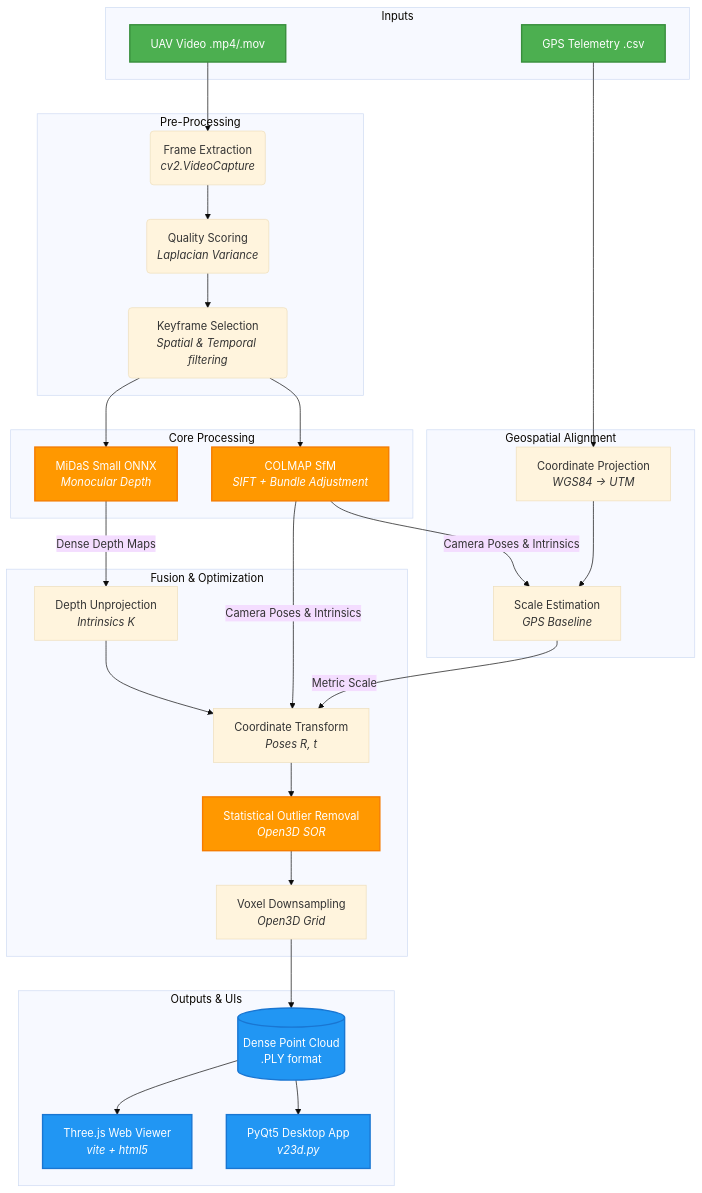
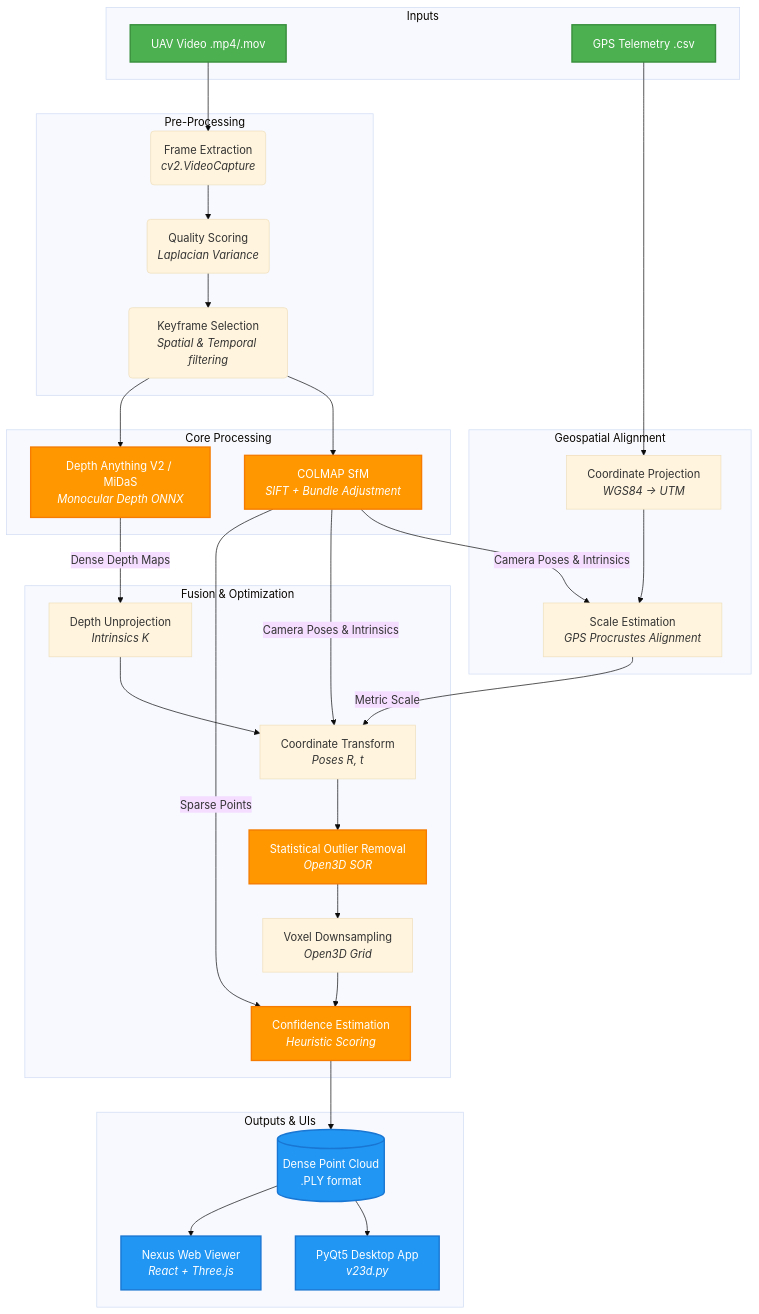
Before and after one commit to KaranRathore05/SIH: the first of 3 diagrams in README.md, drawn with Mermaid (base theme). The commit also changed other lines of this file, not shown here.

Commit message:
docs: expand README with detailed architecture, algorithms and workflow graphics

````diff
--- a/README.md
+++ b/README.md
@@ -20,70 +21,73 @@
 ```mermaid
 graph TD
     %% Input Layer
     subgraph Inputs
     A1[UAV Video .mp4/.mov]
     A2[GPS Telemetry .csv]
     end
 
     %% Pre-Processing Layer
     subgraph Pre-Processing
     B1(Frame Extraction<br><i>cv2.VideoCapture</i>)
     B2(Quality Scoring<br><i>Laplacian Variance</i>)
     B3(Keyframe Selection<br><i>Spatial & Temporal filtering</i>)
     end
 
     %% Core Processing Layer
     subgraph Core Processing
     C1[COLMAP SfM<br><i>SIFT + Bundle Adjustment</i>]
-    C2[MiDaS Small ONNX<br><i>Monocular Depth</i>]
+    C2[Depth Anything V2 / MiDaS<br><i>Monocular Depth ONNX</i>]
     end
 
     %% Geospatial Layer
     subgraph Geospatial Alignment
     D1[Coordinate Projection<br><i>WGS84 -> UTM</i>]
-    D2[Scale Estimation<br><i>GPS Baseline</i>]
+    D2[Scale Estimation<br><i>GPS Procrustes Alignment</i>]
     end
 
     %% Fusion Layer
     subgraph Fusion & Optimization
     E1[Depth Unprojection<br><i>Intrinsics K</i>]
     E2[Coordinate Transform<br><i>Poses R, t</i>]
     E3[Statistical Outlier Removal<br><i>Open3D SOR</i>]
     E4[Voxel Downsampling<br><i>Open3D Grid</i>]
+    E5[Confidence Estimation<br><i>Heuristic Scoring</i>]
     end
 
     %% Output & Viewers
     subgraph Outputs & UIs
     F1[(Dense Point Cloud<br>.PLY format)]
     F2[PyQt5 Desktop App<br><i>v23d.py</i>]
-    F3[Three.js Web Viewer<br><i>vite + html5</i>]
+    F3[Nexus Web Viewer<br><i>React + Three.js</i>]
     end
 
     %% Edges
     A1 --> B1
     A2 --> D1
     B1 --> B2
     B2 --> B3
     B3 --> C1
     B3 --> C2
     C1 -->|Camera Poses & Intrinsics| D2
     C1 -->|Camera Poses & Intrinsics| E2
+    C1 -->|Sparse Points| E5
     C2 -->|Dense Depth Maps| E1
     D1 --> D2
     D2 -->|Metric Scale| E2
     E1 --> E2
     E2 --> E3
     E3 --> E4
-    E4 --> F1
+    E4 --> E5
+    E5 --> F1
     F1 --> F2
     F1 --> F3
 
     %% Styling
     classDef input fill:#4CAF50,stroke:#388E3C,stroke-width:2px,color:white
     classDef output fill:#2196F3,stroke:#1976D2,stroke-width:2px,color:white
     classDef algo fill:#FF9800,stroke:#F57C00,stroke-width:2px,color:white
     
     class A1,A2 input
     class F1,F2,F3 output
-    class C1,C2,E3 algo
+    class C1,C2,E3,E5 algo
 ```
````
